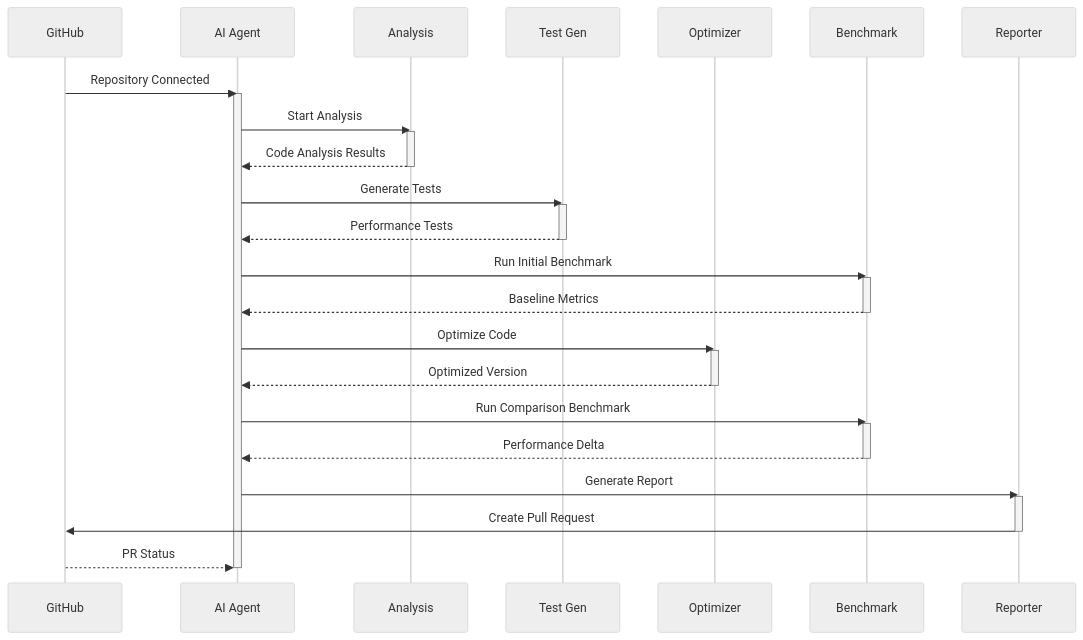
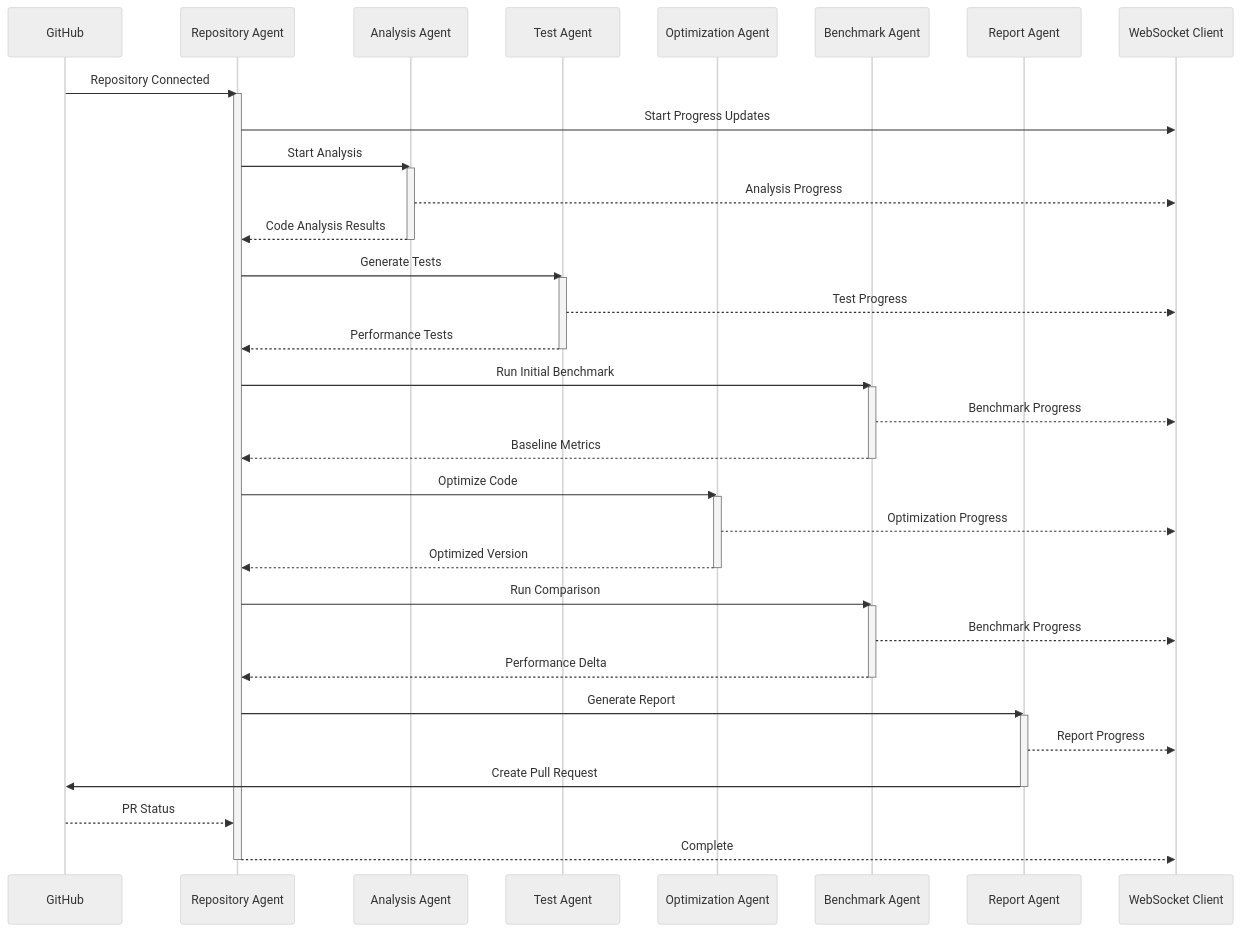
Before and after one commit to ConnorChristie/code-optim: the second of 2 diagrams in PLAN.md, drawn with Mermaid (neutral theme). The commit also changed other lines of this file, not shown here.

````diff
--- a/PLAN.md
+++ b/PLAN.md
@@ -134,45 +141,55 @@
 ```mermaid
 sequenceDiagram
     participant GH as GitHub
-    participant AI as AI Agent
-    participant AN as Analysis
-    participant TG as Test Gen
-    participant OP as Optimizer
-    participant BM as Benchmark
-    participant RP as Reporter
+    participant RA as Repository Agent
+    participant AA as Analysis Agent
+    participant TA as Test Agent
+    participant OA as Optimization Agent
+    participant BA as Benchmark Agent
+    participant RPA as Report Agent
+    participant WS as WebSocket Client
 
-    GH->>AI: Repository Connected
-    activate AI
-    AI->>AN: Start Analysis
-    activate AN
-    AN-->>AI: Code Analysis Results
-    deactivate AN
+    GH->>RA: Repository Connected
+    activate RA
+    RA->>WS: Start Progress Updates
     
-    AI->>TG: Generate Tests
-    activate TG
-    TG-->>AI: Performance Tests
-    deactivate TG
+    RA->>AA: Start Analysis
+    activate AA
+    AA-->>WS: Analysis Progress
+    AA-->>RA: Code Analysis Results
+    deactivate AA
     
-    AI->>BM: Run Initial Benchmark
-    activate BM
-    BM-->>AI: Baseline Metrics
-    deactivate BM
+    RA->>TA: Generate Tests
+    activate TA
+    TA-->>WS: Test Progress
+    TA-->>RA: Performance Tests
+    deactivate TA
     
-    AI->>OP: Optimize Code
-    activate OP
-    OP-->>AI: Optimized Version
-    deactivate OP
+    RA->>BA: Run Initial Benchmark
+    activate BA
+    BA-->>WS: Benchmark Progress
+    BA-->>RA: Baseline Metrics
+    deactivate BA
     
-    AI->>BM: Run Comparison Benchmark
-    activate BM
-    BM-->>AI: Performance Delta
-    deactivate BM
+    RA->>OA: Optimize Code
+    activate OA
+    OA-->>WS: Optimization Progress
+    OA-->>RA: Optimized Version
+    deactivate OA
     
-    AI->>RP: Generate Report
-    activate RP
-    RP->>GH: Create Pull Request
-    deactivate RP
+    RA->>BA: Run Comparison
+    activate BA
+    BA-->>WS: Benchmark Progress
+    BA-->>RA: Performance Delta
+    deactivate BA
     
-    GH-->>AI: PR Status
-    deactivate AI
+    RA->>RPA: Generate Report
+    activate RPA
+    RPA-->>WS: Report Progress
+    RPA->>GH: Create Pull Request
+    deactivate RPA
+    
+    GH-->>RA: PR Status
+    RA-->>WS: Complete
+    deactivate RA
 ```
````
